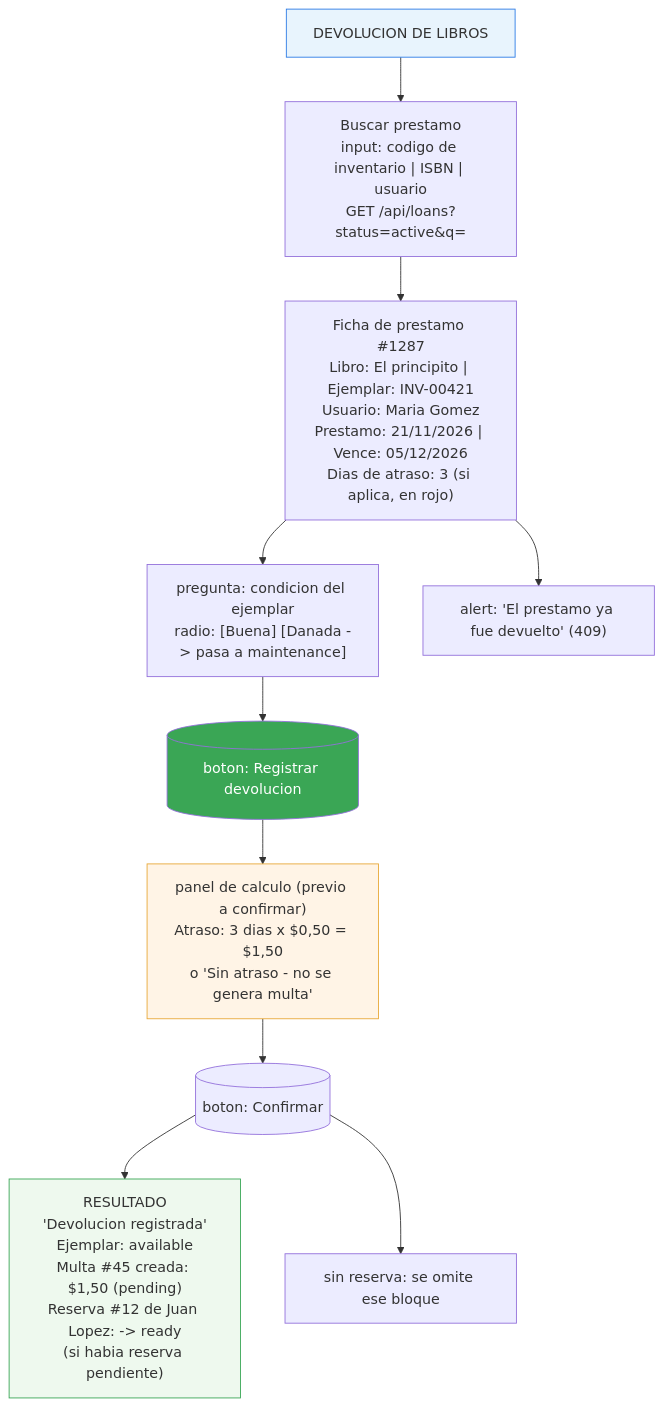
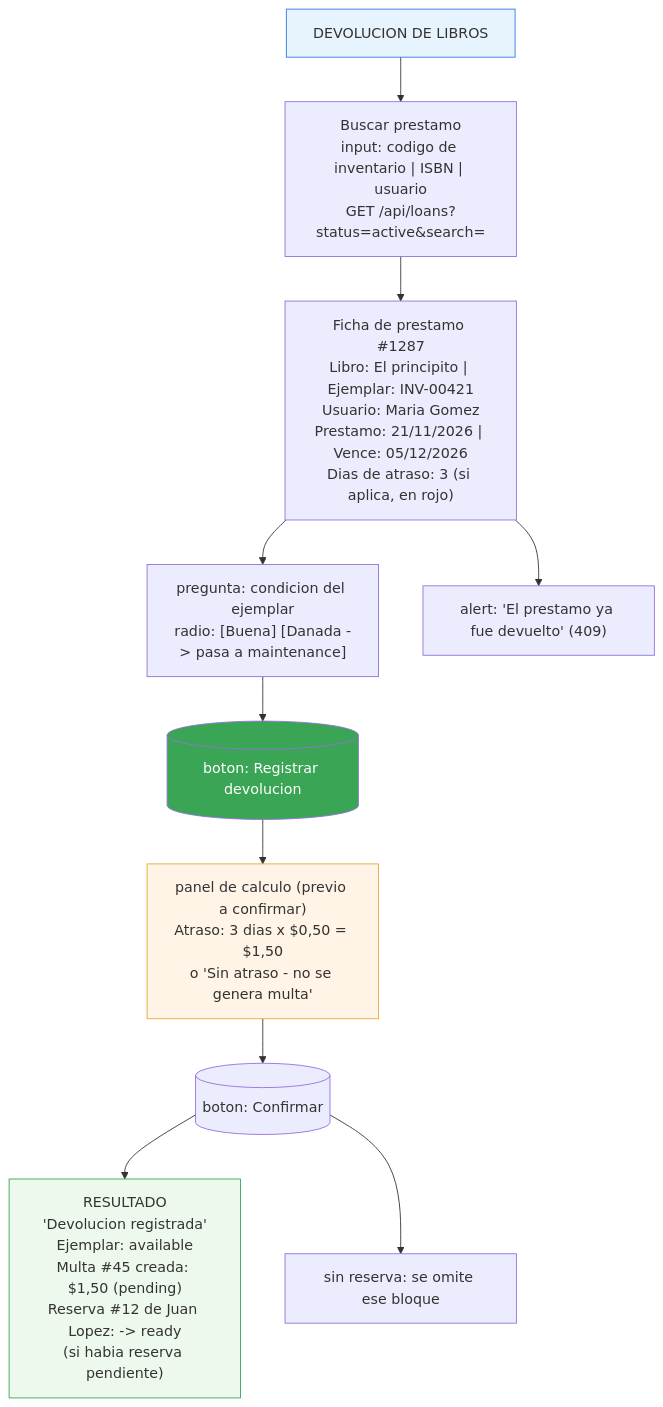
The sixth of 13 diagrams in docs/07-interfaces.md (AngelC00kies/sistema-biblioteca), drawn with Mermaid before and after one commit. The commit also changed other lines of this file and 21 other files, not shown here.

````diff
--- a/docs/07-interfaces.md
+++ b/docs/07-interfaces.md
@@ -190,17 +190,17 @@
 ```mermaid
 graph TD
-  D["DEVOLUCION DE LIBROS"] --> B2["Buscar prestamo<br/>input: codigo de inventario | ISBN | usuario<br/>GET /api/loans?status=active&q="]
+  D["DEVOLUCION DE LIBROS"] --> B2["Buscar prestamo<br/>input: codigo de inventario | ISBN | usuario<br/>GET /api/loans?status=active&search="]
   B2 --> L2["Ficha de prestamo #1287<br/>Libro: El principito | Ejemplar: INV-00421<br/>Usuario: Maria Gomez<br/>Prestamo: 21/11/2026 | Vence: 05/12/2026<br/>Dias de atraso: 3 (si aplica, en rojo)"]
   L2 --> COND["pregunta: condicion del ejemplar<br/>radio: [Buena] [Danada -> pasa a maintenance]"]
   COND --> RV[("boton: Registrar devolucion")]
   RV --> CALC["panel de calculo (previo a confirmar)<br/>Atraso: 3 dias x $0,50 = $1,50<br/>o 'Sin atraso - no se genera multa'"]
   CALC --> RV2[("boton: Confirmar")]
   RV2 --> RES["RESULTADO<br/>'Devolucion registrada'<br/>Ejemplar: available<br/>Multa #45 creada: $1,50 (pending)<br/>Reserva #12 de Juan Lopez: -> ready<br/>(si habia reserva pendiente)"]
   RV2 --> NORES["sin reserva: se omite ese bloque"]
   L2 --> D409["alert: 'El prestamo ya fue devuelto' (409)"]
 
   style D fill:#e8f4fd,stroke:#2c7be5
   style RV fill:#3aa655,color:#fff
   style RES fill:#eef9ee,stroke:#3aa655
   style CALC fill:#fff4e6,stroke:#e8a838
 ```
````
